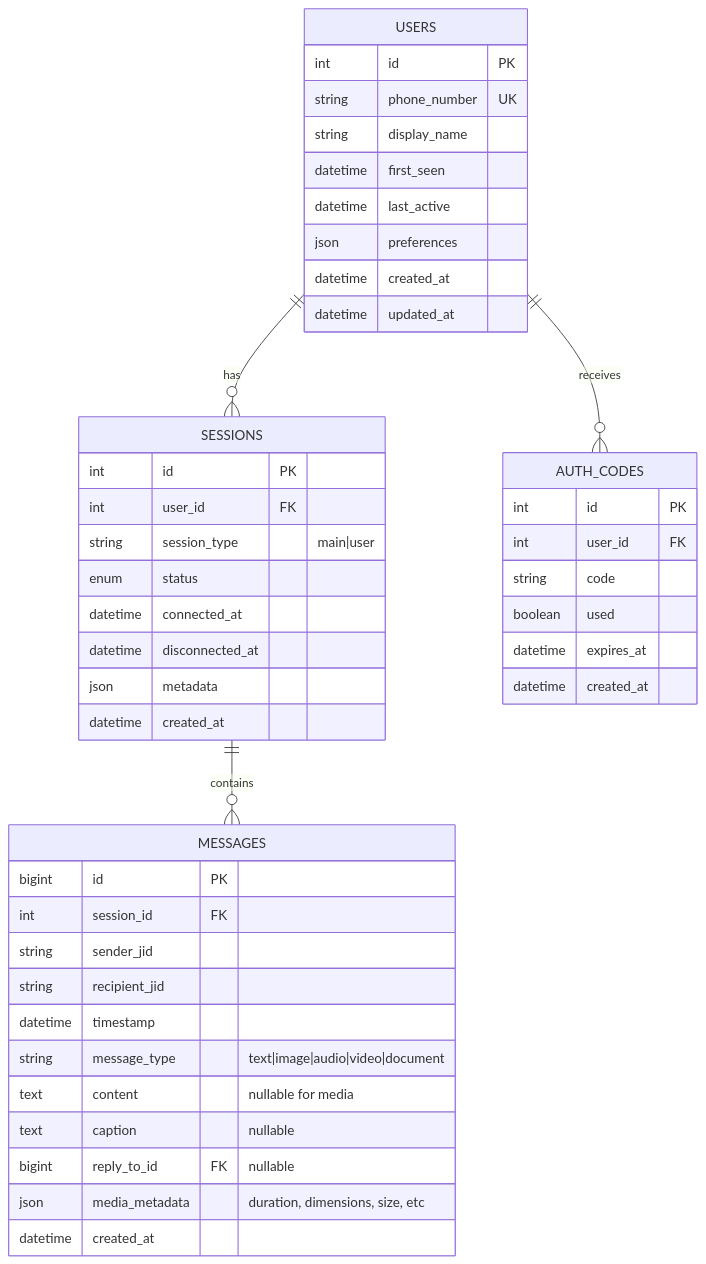
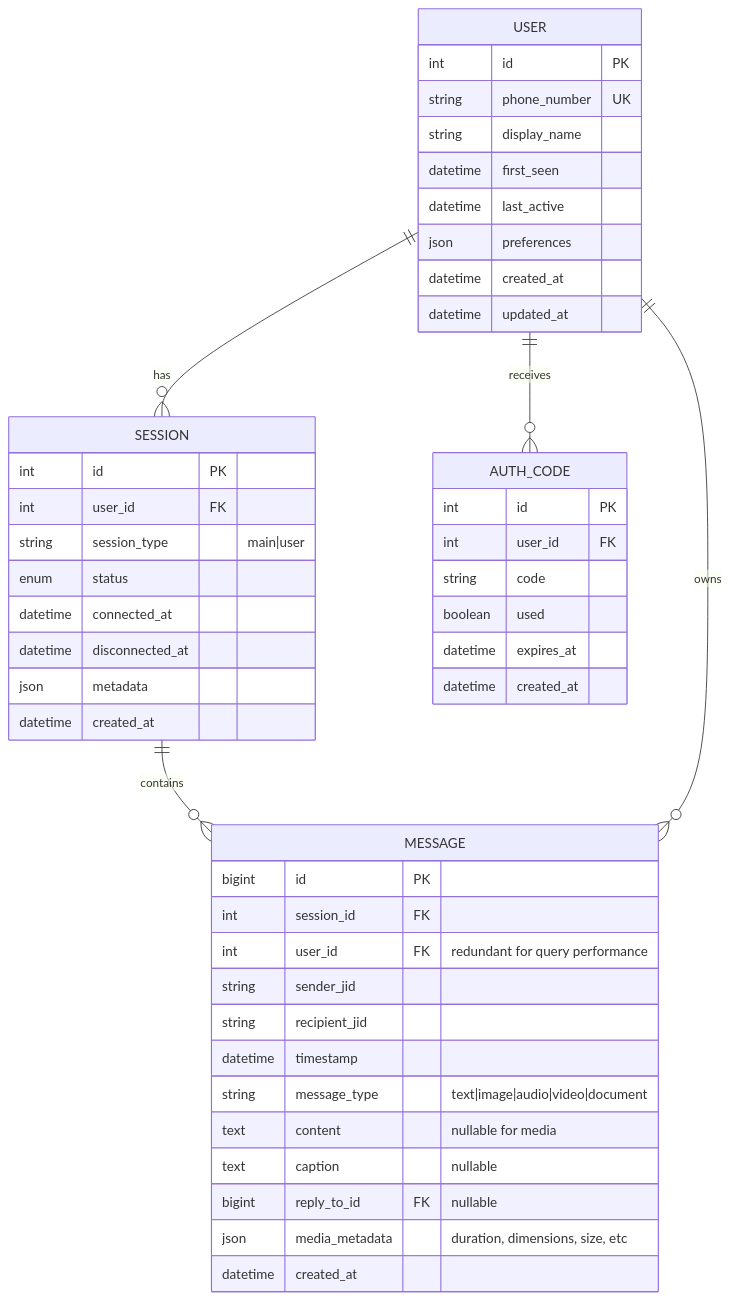
Before and after one commit to tonylampada/zapa: the seventh of 11 diagrams in architecture.md, drawn with Mermaid.

Commit message:
Update database schema with singular table names
- Changed table names from plural to singular (USER, SESSION, MESSAGE, AUTH_CODE)
- Added redundant user_id foreign key to MESSAGE table for query performance
- Added relationship from USER to MESSAGE in ER diagram

````diff
--- a/architecture.md
+++ b/architecture.md
@@ -216,51 +216,53 @@
 ```mermaid
 erDiagram
-    USERS ||--o{ SESSIONS : has
-    SESSIONS ||--o{ MESSAGES : contains
-    USERS ||--o{ AUTH_CODES : receives
+    USER ||--o{ SESSION : has
+    SESSION ||--o{ MESSAGE : contains
+    USER ||--o{ AUTH_CODE : receives
+    USER ||--o{ MESSAGE : owns
     
-    USERS {
+    USER {
         int id PK
         string phone_number UK
         string display_name
         datetime first_seen
         datetime last_active
         json preferences
         datetime created_at
         datetime updated_at
     }
     
-    SESSIONS {
+    SESSION {
         int id PK
         int user_id FK
         string session_type "main|user"
         enum status
         datetime connected_at
         datetime disconnected_at
         json metadata
         datetime created_at
     }
     
-    MESSAGES {
+    MESSAGE {
         bigint id PK
         int session_id FK
+        int user_id FK "redundant for query performance"
         string sender_jid
         string recipient_jid
         datetime timestamp
         string message_type "text|image|audio|video|document"
         text content "nullable for media"
         text caption "nullable"
         bigint reply_to_id FK "nullable"
         json media_metadata "duration, dimensions, size, etc"
         datetime created_at
     }
     
-    AUTH_CODES {
+    AUTH_CODE {
         int id PK
         int user_id FK
         string code
         boolean used
         datetime expires_at
         datetime created_at
     }
 ```
````
